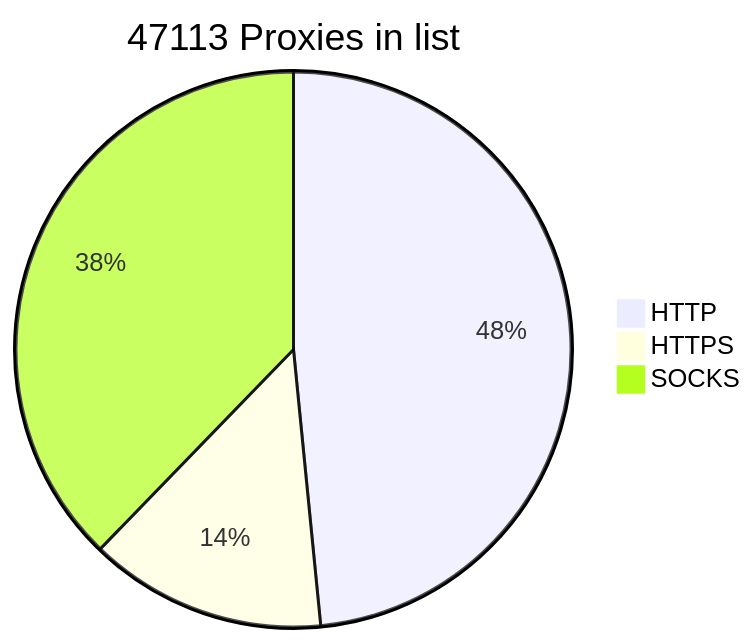
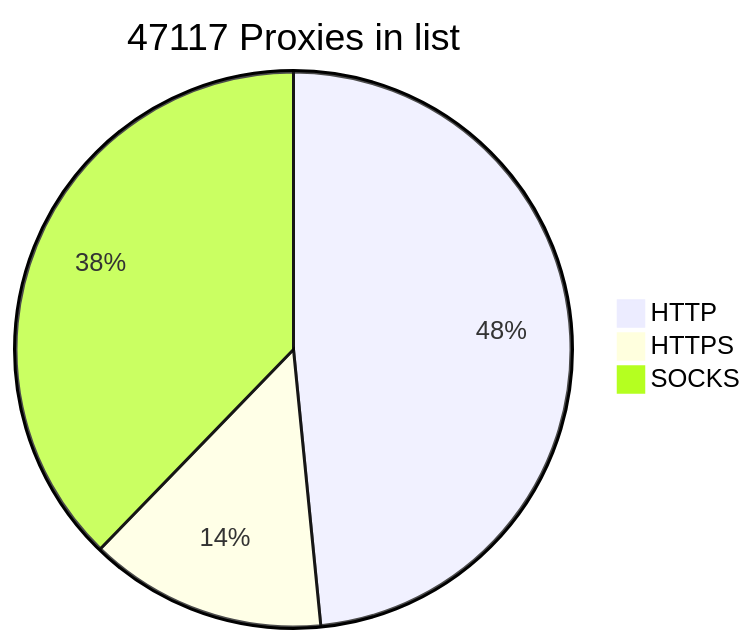
The diagram in README.md (BlackSnowDot/proxylist-update-every-minute), drawn with Mermaid before and after one commit.

````diff
--- a/README.md
+++ b/README.md
@@ -2,6 +2,6 @@
 ```mermaid
-pie title 47113 Proxies in list
+pie title 47117 Proxies in list
     "HTTP" : 25485
     "HTTPS": 7270
-    "SOCKS" : 19862
+    "SOCKS" : 19866
 ```
````
